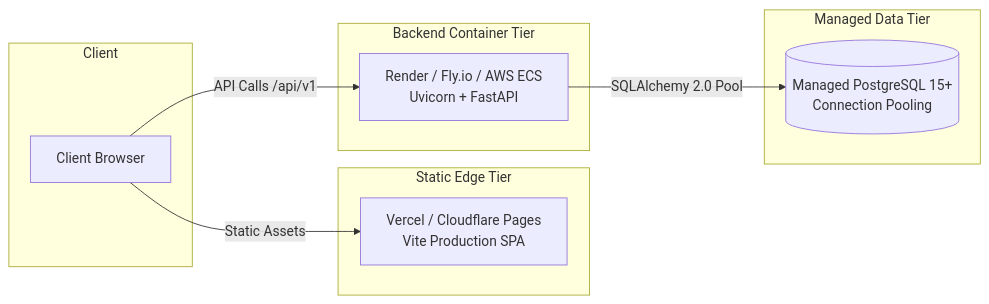
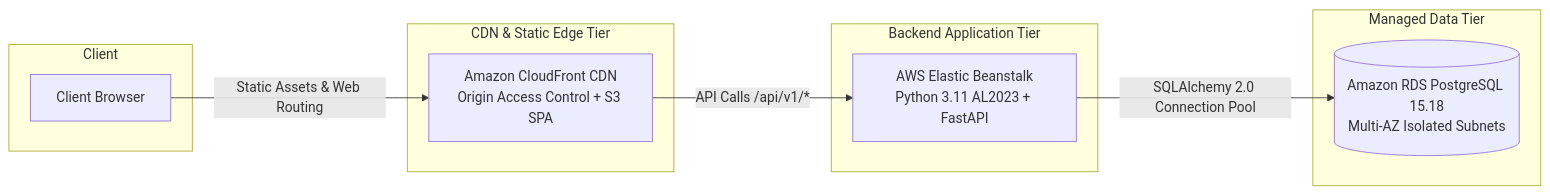
Before and after one commit to pnkj1090/acme-salary-intelligence: the third of 3 diagrams in docs/architecture.md, drawn with Mermaid. The commit also changed other lines of this file and 13 other files, not shown here.

Commit message:
feat(aws): add production AWS CloudFormation IaC, Elastic Beanstalk backend, and CloudFront CDN

````diff
--- a/docs/architecture.md
+++ b/docs/architecture.md
@@ -168,22 +168,22 @@
 ```mermaid
 graph LR
     subgraph Client
         Browser[Client Browser]
     end
 
-    subgraph Static Edge Tier
-        Vercel[Vercel / Cloudflare Pages<br/>Vite Production SPA]
+    subgraph CDN & Static Edge Tier
+        CloudFront[Amazon CloudFront CDN<br/>Origin Access Control + S3 SPA]
     end
 
-    subgraph Backend Container Tier
-        Render[Render / Fly.io / AWS ECS<br/>Uvicorn + FastAPI]
+    subgraph Backend Application Tier
+        EB[AWS Elastic Beanstalk<br/>Python 3.11 AL2023 + FastAPI]
     end
 
     subgraph Managed Data Tier
-        Postgres[(Managed PostgreSQL 15+<br/>Connection Pooling)]
+        RDS[(Amazon RDS PostgreSQL 15.18<br/>Multi-AZ Isolated Subnets)]
     end
 
-    Browser -->|Static Assets| Vercel
-    Browser -->|API Calls /api/v1| Render
-    Render -->|SQLAlchemy 2.0 Pool| Postgres
+    Browser -->|Static Assets & Web Routing| CloudFront
+    CloudFront -->|API Calls /api/v1/*| EB
+    EB -->|SQLAlchemy 2.0 Connection Pool| RDS
 ```
````
